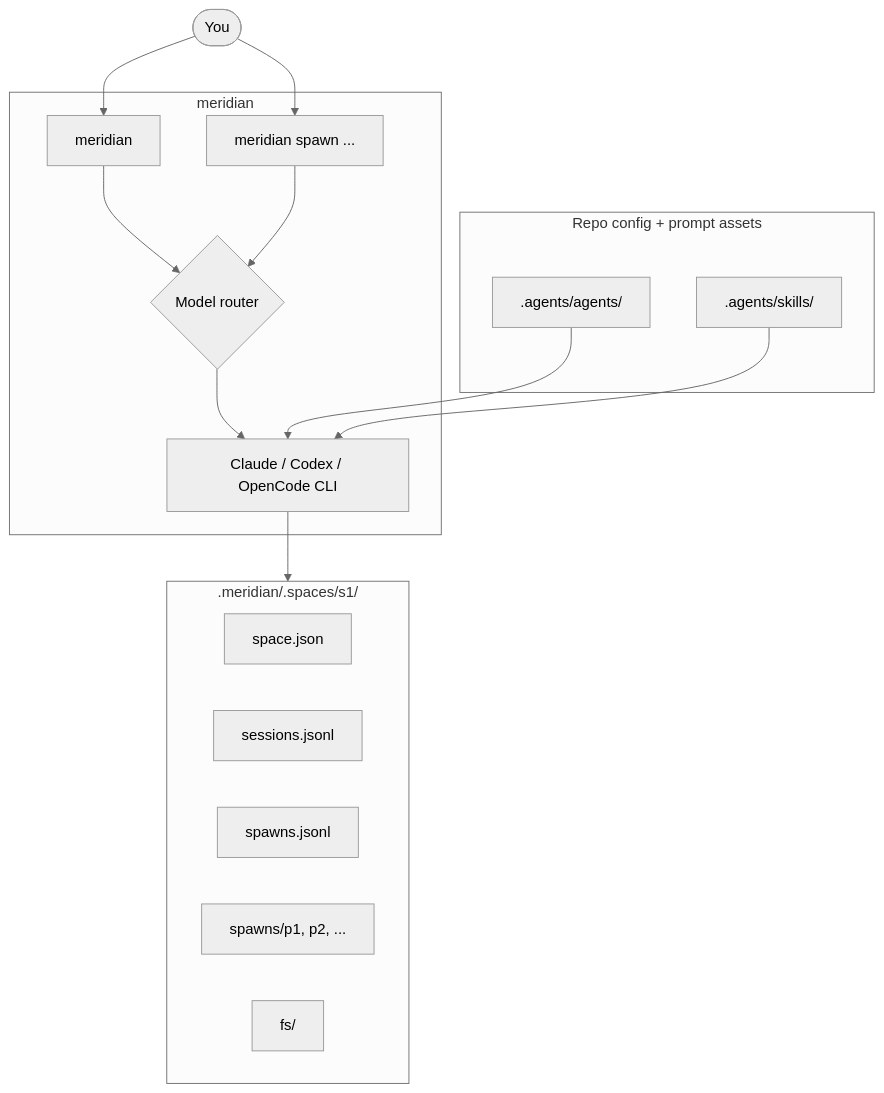
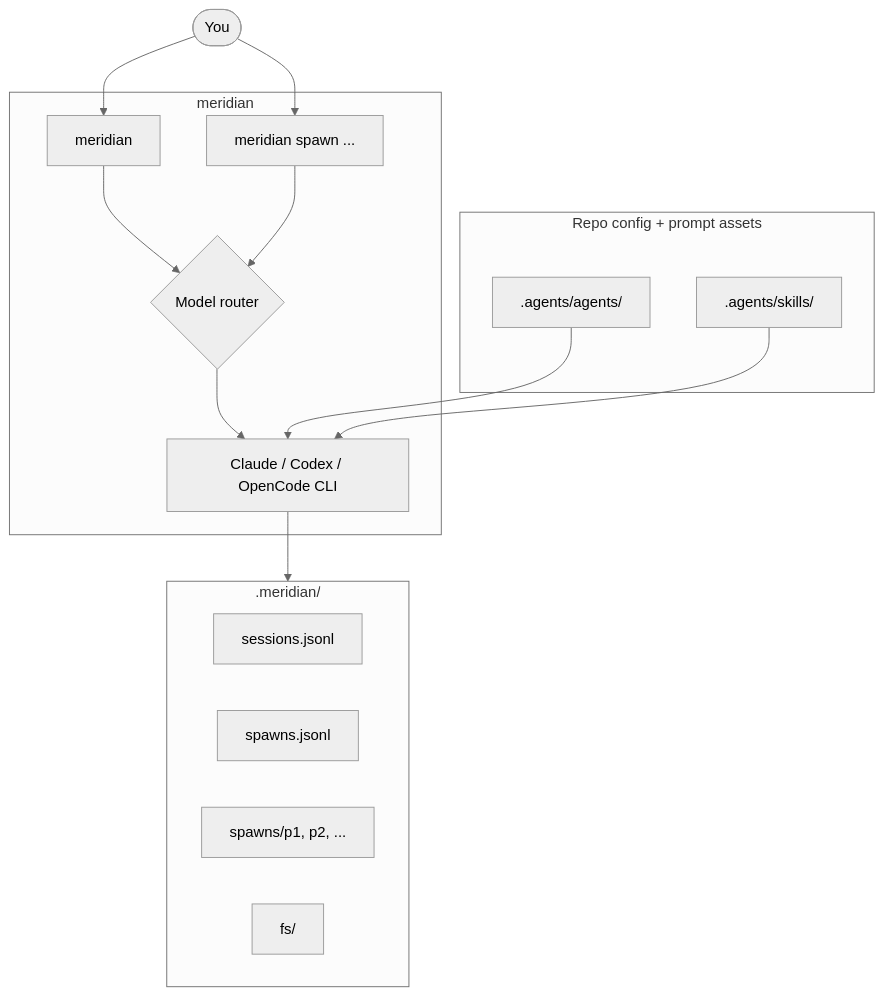
Before and after one commit to meridian-flow/meridian-cli: the diagram in README.md, drawn with Mermaid (neutral theme). The commit also changed other lines of this file and 19 other files, not shown here.

````diff
--- a/README.md
+++ b/README.md
@@ -46,29 +46,28 @@
 ```mermaid
 graph TB
     User([You])
     User --> Primary["meridian"]
     User --> SpawnCLI["meridian spawn ..."]
 
     subgraph Meridian["meridian"]
         Primary --> Router{"Model router"}
         SpawnCLI --> Router
         Router --> Harness["Claude / Codex / OpenCode CLI"]
     end
 
-    subgraph Space[".meridian/.spaces/s1/"]
-        SpaceJson["space.json"]
+    subgraph State[".meridian/"]
         Sessions["sessions.jsonl"]
         SpawnsJsonl["spawns.jsonl"]
         SpawnDirs["spawns/p1, p2, ..."]
         Fs["fs/"]
     end
 
     subgraph Repo["Repo config + prompt assets"]
         Agents[".agents/agents/"]
         Skills[".agents/skills/"]
     end
 
-    Harness --> Space
+    Harness --> State
     Agents --> Harness
     Skills --> Harness
 ```
````
